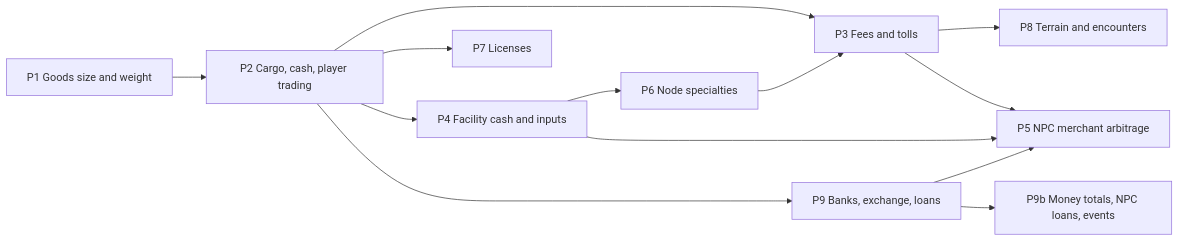
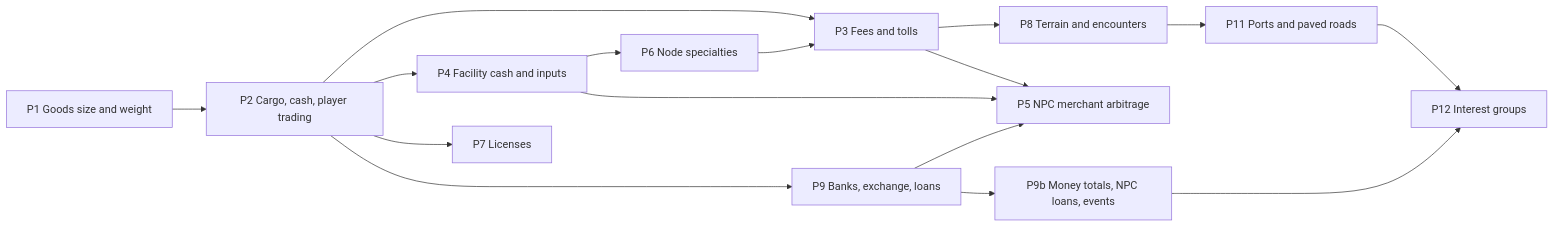
One commit to Semel-0421/Fantasy-Economic-Simulator changed the diagram in Docs/GDD/04_Roadmap.md. Above: the diagram before and after it, drawn with Mermaid. The commit also changed other lines of this file and 27 other files, not shown here.

First line of the commit message:
Add ports and paved roads; record interest group decisions

````diff
--- a/Docs/GDD/04_Roadmap.md
+++ b/Docs/GDD/04_Roadmap.md
@@ -14,15 +14,18 @@
 ```mermaid
 flowchart LR
     P1[P1 Goods size and weight] --> P2[P2 Cargo, cash, player trading]
     P2 --> P3[P3 Fees and tolls]
     P2 --> P4[P4 Facility cash and inputs]
     P2 --> P7[P7 Licenses]
     P2 --> P9[P9 Banks, exchange, loans]
     P4 --> P6[P6 Node specialties]
     P6 --> P3
     P3 --> P8[P8 Terrain and encounters]
     P3 --> P5[P5 NPC merchant arbitrage]
     P4 --> P5
     P9 --> P5
     P9 --> P9b[P9b Money totals, NPC loans, events]
+    P8 --> P11[P11 Ports and paved roads]
+    P9b --> P12[P12 Interest groups]
+    P11 --> P12
 ```
````
